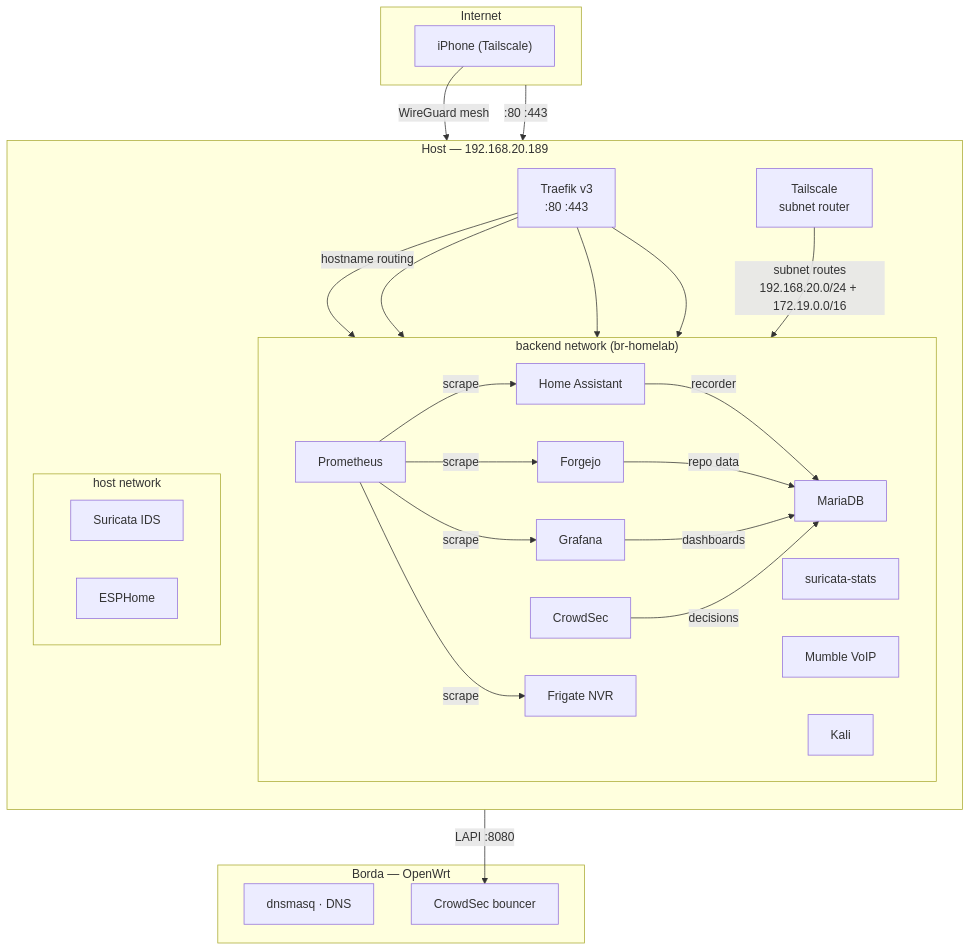
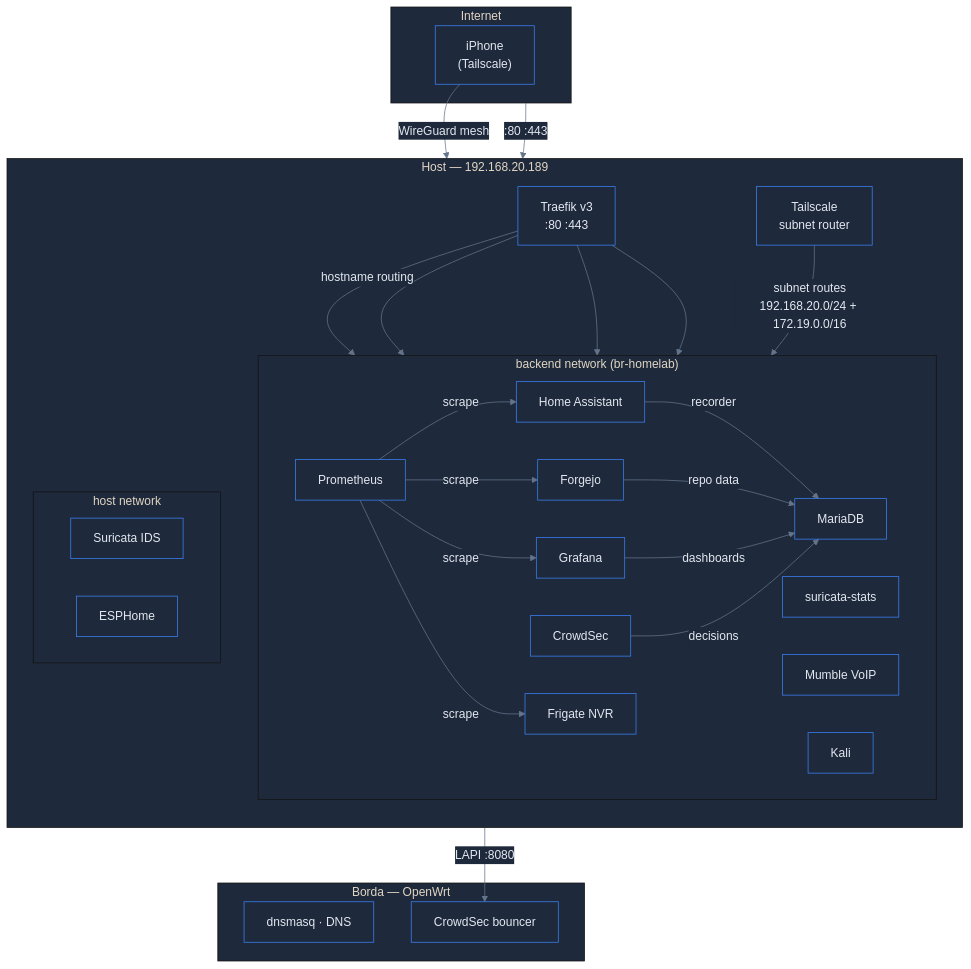
One commit to gustavx404/homelab changed the diagram in README.md. Above: the diagram before and after it, drawn with Mermaid. The commit also changed other lines of this file, not shown here.

First line of the commit message:
docs: redesign do README — badges, TOC, Mermaid dark, collapsible sections

````diff
--- a/README.md
+++ b/README.md
@@ -14,53 +45,60 @@
 ```mermaid
+%%{init: {'theme': 'base', 'themeVariables': {
+  'primaryColor': '#1e3a5f', 'primaryTextColor': '#e2e8f0',
+  'primaryBorderColor': '#3b82f6', 'lineColor': '#64748b',
+  'secondaryColor': '#0f172a', 'tertiaryColor': '#1e293b',
+  'background': '#0f172a', 'mainBkg': '#1e293b',
+  'textColor': '#e2e8f0', 'edgeLabelBackground': '#1e293b'
+}}}%%
 flowchart TB
     subgraph Internet["Internet"]
-        iPhone["iPhone (Tailscale)"]
+        iPhone["iPhone<br/>(Tailscale)"]
     end
 
     subgraph Edge["Borda — OpenWrt"]
         DNS["dnsmasq · DNS"]
         Bouncer["CrowdSec bouncer"]
     end
 
     subgraph Host["Host — 192.168.20.189"]
         Tailscale["Tailscale<br/>subnet router"]
         direction TB
         Traefik["Traefik v3<br/>:80 :443"]
-        
+
         subgraph Backend["backend network (br-homelab)"]
             direction LR
             HA["Home Assistant"]
             Grafana["Grafana"]
             Forgejo["Forgejo"]
             Frigate["Frigate NVR"]
             Prometheus["Prometheus"]
             MariaDB["MariaDB"]
             CrowdSec["CrowdSec"]
             Stats["suricata-stats"]
             Mumble["Mumble VoIP"]
             Kali["Kali"]
         end
-        
+
         subgraph HostNet["host network"]
             Suricata["Suricata IDS"]
             ESPHome["ESPHome"]
         end
     end
 
     iPhone -->|"WireGuard mesh"| Tailscale
     Tailscale -->|"subnet routes<br/>192.168.20.0/24 + 172.19.0.0/16"| Backend
     Internet -->|":80 :443"| Traefik
     Traefik -->|"hostname routing"| HA
     Traefik --> Grafana
     Traefik --> Forgejo
     Traefik --> Frigate
     CrowdSec -->|"LAPI :8080"| Bouncer
     HA -->|"recorder"| MariaDB
     Forgejo -->|"repo data"| MariaDB
     Grafana -->|"dashboards"| MariaDB
     CrowdSec -->|"decisions"| MariaDB
     Prometheus -->|"scrape"| HA
     Prometheus -->|"scrape"| Grafana
     Prometheus -->|"scrape"| Forgejo
     Prometheus -->|"scrape"| Frigate
 ```
````
